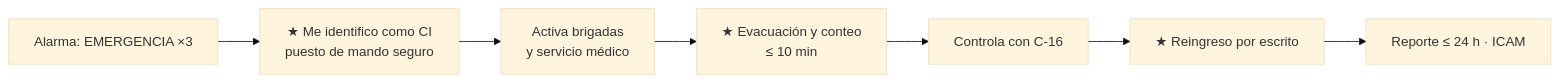
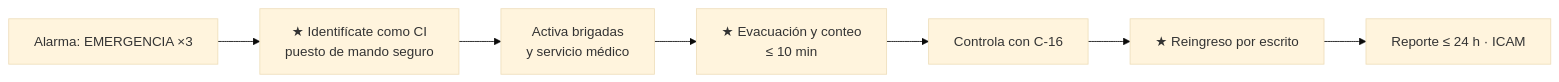
Before and after one commit to diegocardonaguzman03-maker/HR: the sixth of 7 diagrams in 10-plantas/01-steelmaking/06-instrucciones-trabajo/IT-C04-jefe-turno-aceria.md, drawn with Mermaid (base theme). The commit also changed other lines of this file and 7 other files, not shown here.

````diff
--- a/10-plantas/01-steelmaking/06-instrucciones-trabajo/IT-C04-jefe-turno-aceria.md
+++ b/10-plantas/01-steelmaking/06-instrucciones-trabajo/IT-C04-jefe-turno-aceria.md
@@ -167,9 +166,9 @@
 ```mermaid
 flowchart LR
-    A["Alarma: EMERGENCIA ×3"] --> B["★ Me identifico como CI<br/>puesto de mando seguro"]
+    A["Alarma: EMERGENCIA ×3"] --> B["★ Identifícate como CI<br/>puesto de mando seguro"]
     B --> C["Activa brigadas<br/>y servicio médico"]
     C --> D["★ Evacuación y conteo<br/>≤ 10 min"]
     D --> E["Controla con C-16"]
     E --> F["★ Reingreso por escrito"]
     F --> G["Reporte ≤ 24 h · ICAM"]
 ```
````
